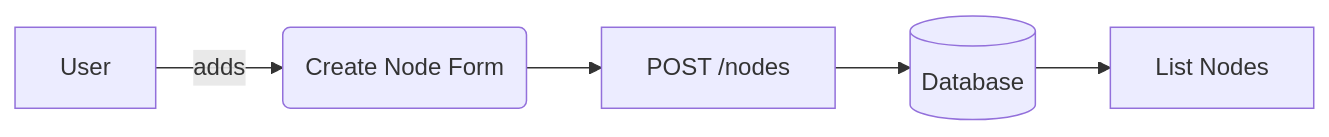
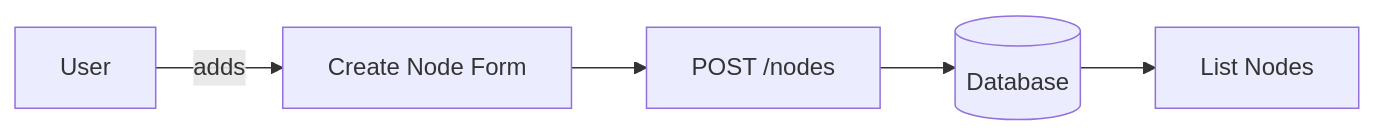
The second of 2 diagrams in README.md (YerayAR/PHP-Laravel-Basic), drawn with Mermaid before and after one commit. The commit also changed other lines of this file and 5261 other files, not shown here.

````diff
--- a/README.md
+++ b/README.md
@@ -146,7 +146,7 @@
 ```mermaid
 flowchart LR
-    A[User] -->|adds| B(Create Node Form)
+    A[User] -->|adds| B[Create Node Form]
     B --> C[POST /nodes]
     C --> D[(Database)]
     D --> E[List Nodes]
 ```
````
